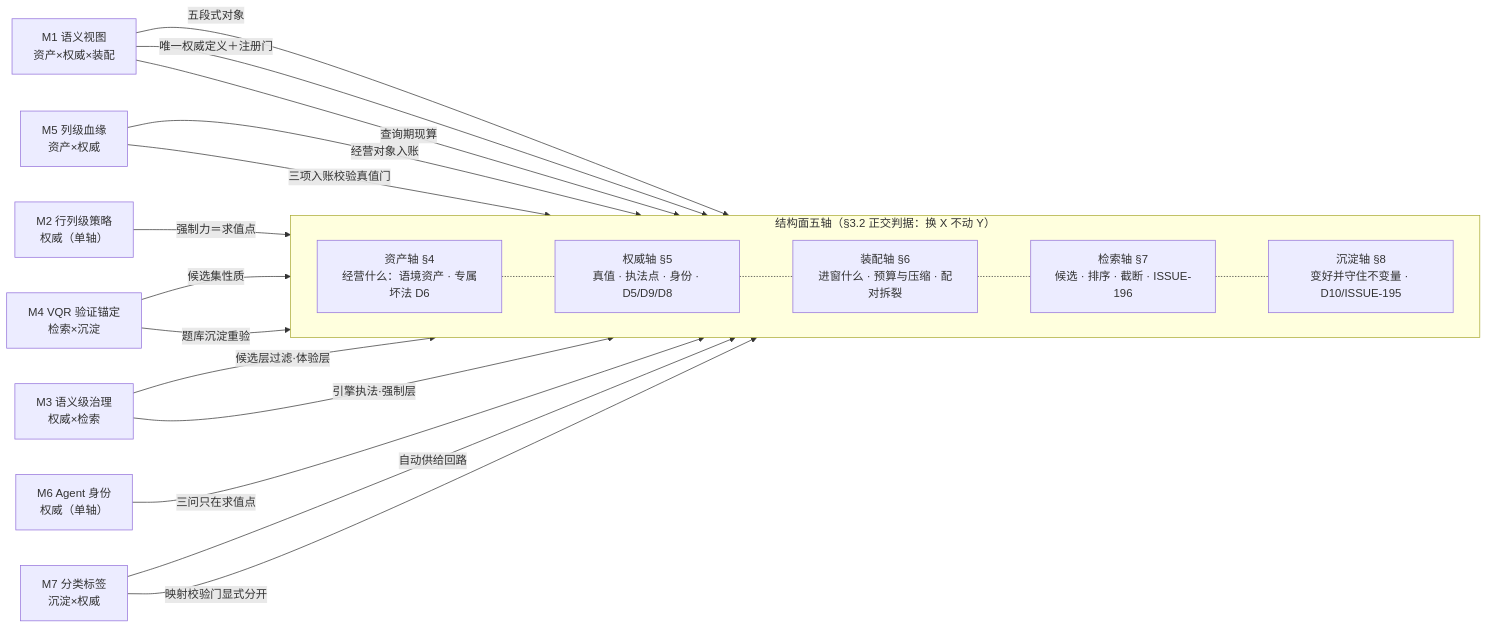
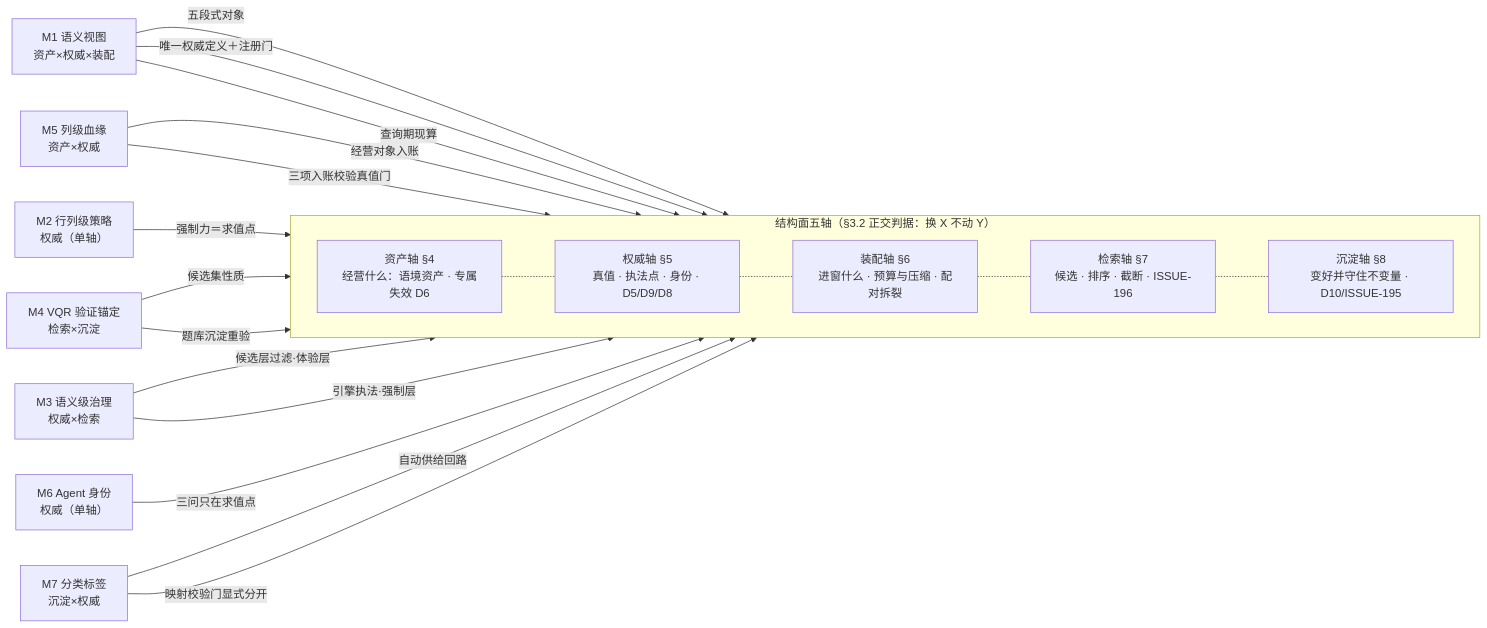
Before and after one commit to ThreeFish-AI/negentropy: the diagram in docs/assets/mermaid/cognitive-context/context-layer-blueprint--layer-mechanism-map.mmd, drawn with Mermaid. The commit also changed 21 other files, not shown here.

First line of the commit message:
docs(assets): 配图标签直述化——layer-mechanism-map/lifecycle candidate 改签 finalize 四门重渲（PNG/HTML/回执刷新、拓扑零变动），governance-demolition 等四图无 candidate 资产按计数断言直改，mermaid 源与 README 同步;

```diff
--- a/docs/assets/mermaid/cognitive-context/context-layer-blueprint--layer-mechanism-map.mmd
+++ b/docs/assets/mermaid/cognitive-context/context-layer-blueprint--layer-mechanism-map.mmd
@@ -1,37 +1,37 @@
 %%source: docs/research/cognitive-context/013-context-layer-blueprint.md §3.3 机制＝多轴组合（M1–M7 轴向量矩阵：五轴为列、机制跨轴组合）
 %%slug: cognitive-context/context-layer-blueprint--layer-mechanism-map
 %%type: architecture
 %%derived: archify architecture v2, authored fresh（v1 五层×机制-实例对退役；新构型＝结构面五轴主链＋M1–M7 按轴向量跨轴组合，M2/M6 单轴全落权威，无全轴机制、无落不进轴的机制）
 flowchart LR
     subgraph SPINE["结构面五轴（§3.2 正交判据：换 X 不动 Y）"]
         direction LR
-        A1["资产轴 §4<br/>经营什么：语境资产 · 专属坏法 D6"]
+        A1["资产轴 §4<br/>经营什么：语境资产 · 专属失效 D6"]
         A2["权威轴 §5<br/>真值 · 执法点 · 身份 · D5/D9/D8"]
         A3["装配轴 §6<br/>进窗什么 · 预算与压缩 · 配对拆裂"]
         A4["检索轴 §7<br/>候选 · 排序 · 截断 · ISSUE-196"]
         A5["沉淀轴 §8<br/>变好并守住不变量 · D10/ISSUE-195"]
     end
     M1["M1 语义视图<br/>资产×权威×装配"]
     M5["M5 列级血缘<br/>资产×权威"]
     M2["M2 行列级策略<br/>权威（单轴）"]
     M4["M4 VQR 验证锚定<br/>检索×沉淀"]
     M3["M3 语义级治理<br/>权威×检索"]
     M6["M6 Agent 身份<br/>权威（单轴）"]
     M7["M7 分类标签<br/>沉淀×权威"]
     A1 -.- A2
     A2 -.- A3
     A3 -.- A4
     A4 -.- A5
     M1 -->|五段式对象| A1
     M1 -->|唯一权威定义＋注册门| A2
     M1 -->|查询期现算| A3
     M5 -->|经营对象入账| A1
     M5 -->|三项入账校验真值门| A2
     M2 -->|强制力＝求值点| A2
     M4 -->|候选集性质| A4
     M4 -->|题库沉淀重验| A5
     M3 -->|候选层过滤·体验层| A4
     M3 -->|引擎执法·强制层| A2
     M6 -->|三问只在求值点| A2
     M7 -->|自动供给回路| A5
     M7 -->|映射校验门显式分开| A2
```
